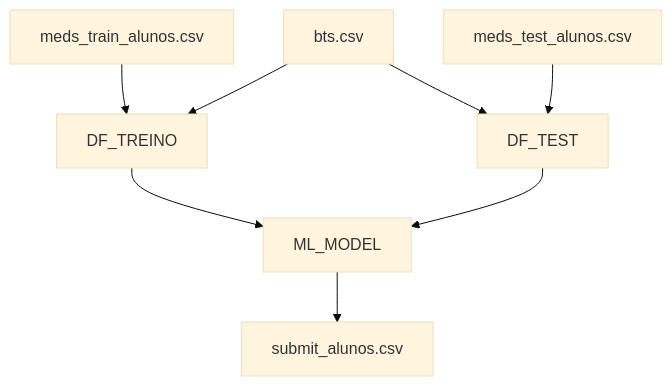
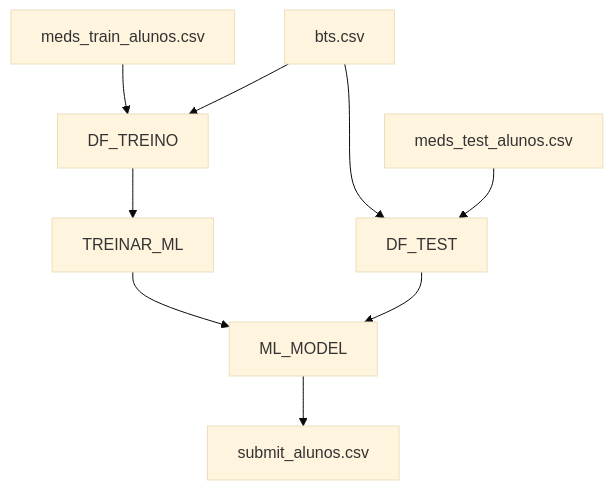
Before and after one commit to timotrob/PComLocDados: the diagram in README.md, drawn with Mermaid (base theme).

````diff
--- a/README.md
+++ b/README.md
@@ -89,10 +89,11 @@
 ```mermaid
 graph TD;
     meds_train_alunos.csv-->DF_TREINO;
     bts.csv-->DF_TREINO;
      bts.csv-->DF_TEST;
-     DF_TREINO-->ML_MODEL;
+     DF_TREINO-->TREINAR_ML;
+     TREINAR_ML-->ML_MODEL;
      meds_test_alunos.csv-->DF_TEST;
       DF_TEST-->ML_MODEL;
     ML_MODEL-->submit_alunos.csv;
 ```
````
